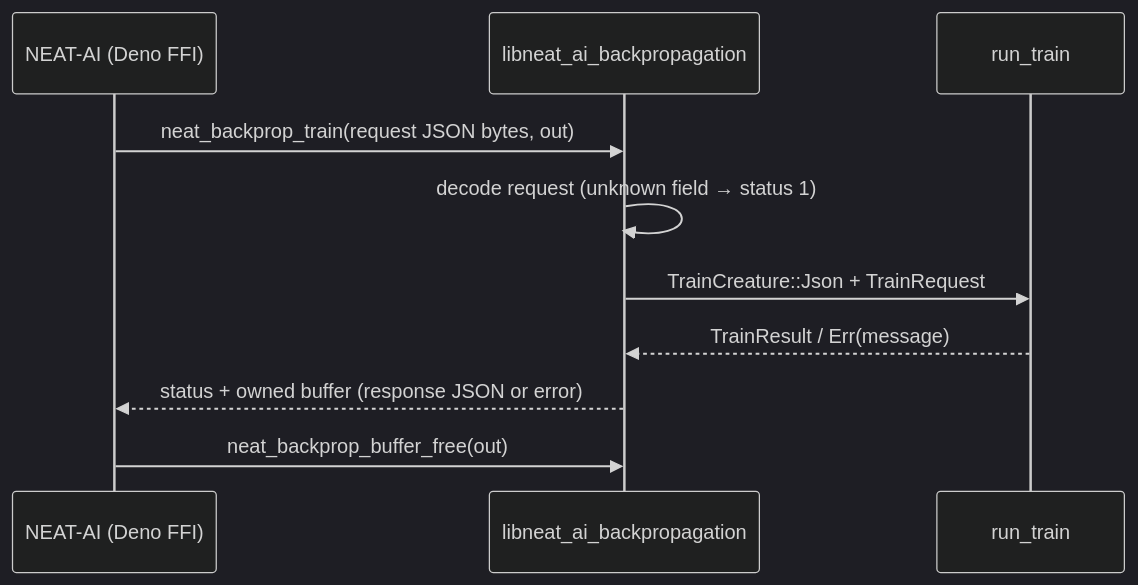
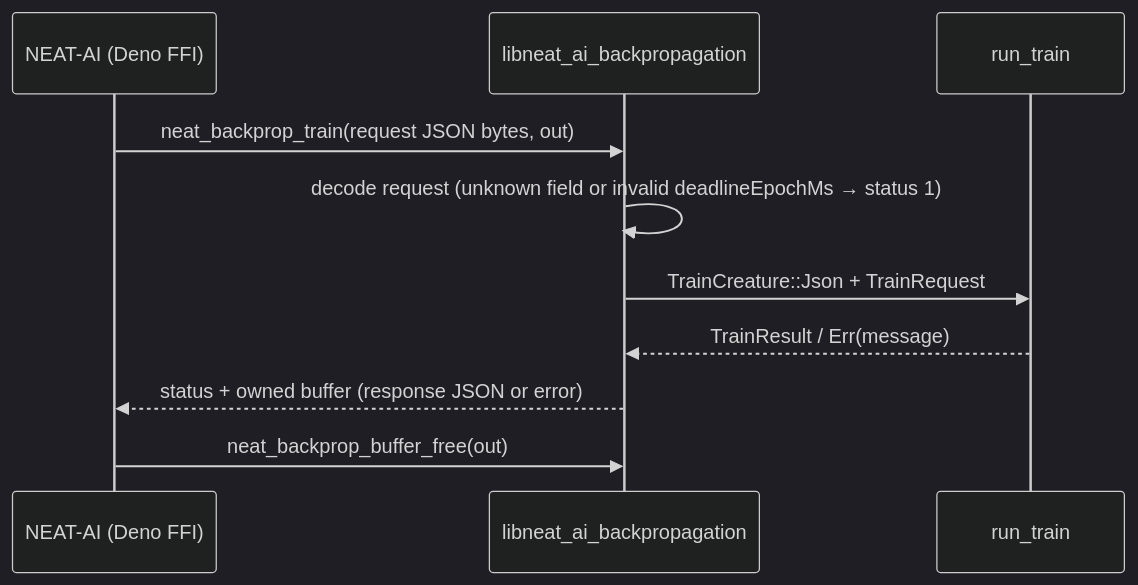
Before and after one commit to stSoftwareAU/NEAT-AI-Backpropagation: diagram 16 of 24 in README.md, drawn with Mermaid (dark theme). The commit also changed other lines of this file and 10 other files, not shown here.

````diff
--- a/README.md
+++ b/README.md
@@ -1058,12 +1148,12 @@
 ```mermaid
 sequenceDiagram
     participant Deno as NEAT-AI (Deno FFI)
     participant Lib as libneat_ai_backpropagation
     participant Train as run_train
     Deno->>Lib: neat_backprop_train(request JSON bytes, out)
-    Lib->>Lib: decode request (unknown field → status 1)
+    Lib->>Lib: decode request (unknown field or invalid deadlineEpochMs → status 1)
     Lib->>Train: TrainCreature::Json + TrainRequest
     Train-->>Lib: TrainResult / Err(message)
     Lib-->>Deno: status + owned buffer (response JSON or error)
     Deno->>Lib: neat_backprop_buffer_free(out)
 ```
````
